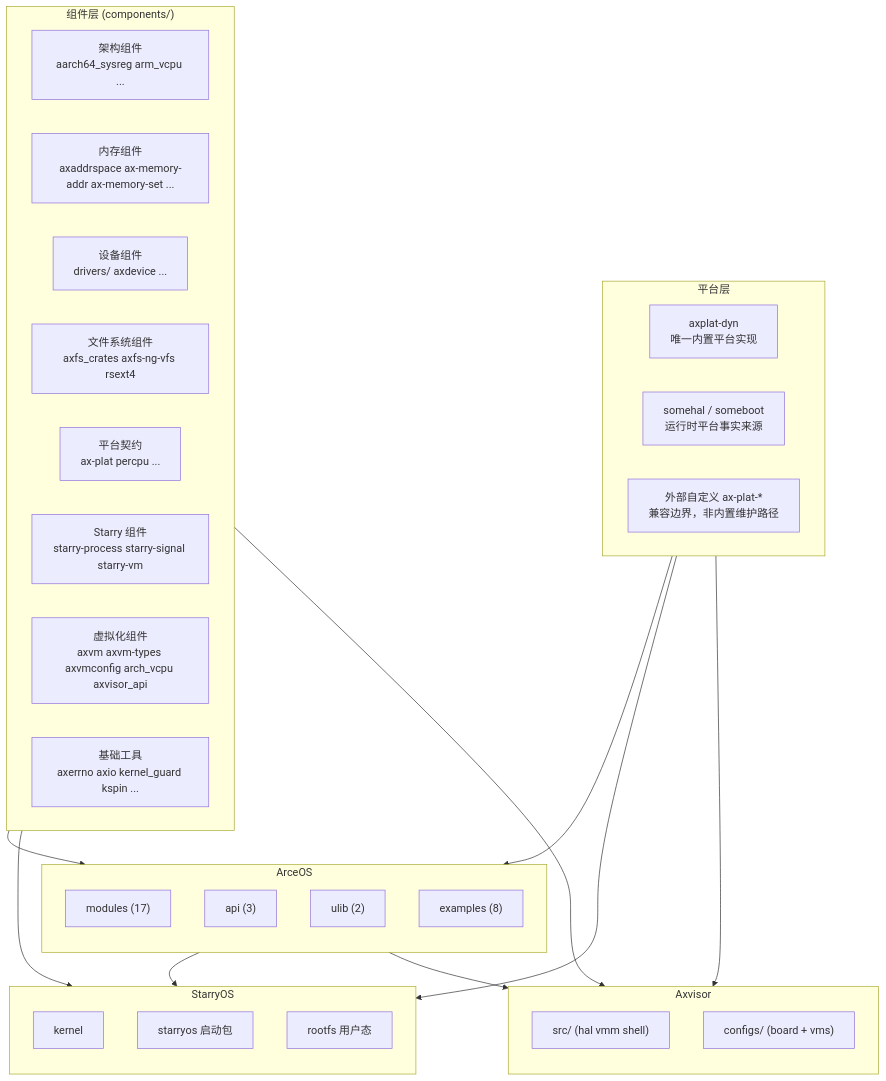
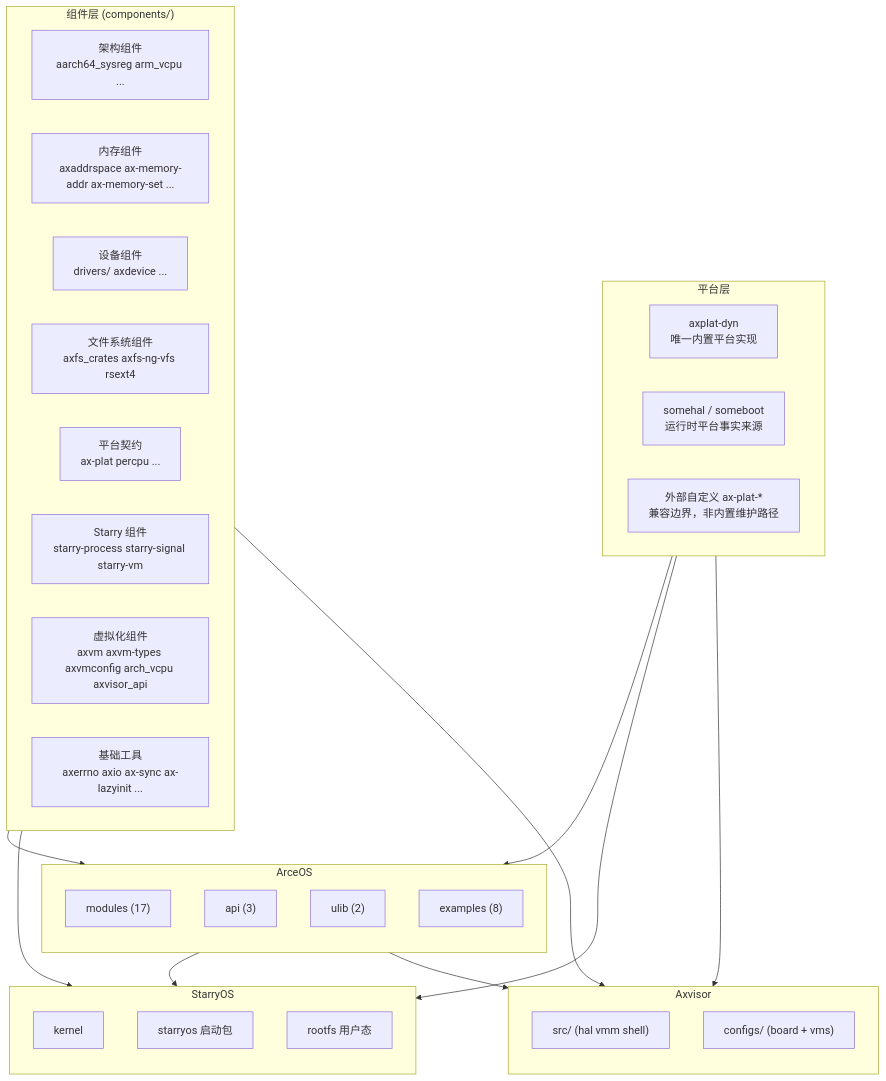
The first of 2 diagrams in docs/docs/architecture/overview.md (451846939/tgoskits), drawn with Mermaid before and after one commit. The commit also changed 406 other files, not shown here.

````diff
--- a/docs/docs/architecture/overview.md
+++ b/docs/docs/architecture/overview.md
@@ -10,51 +10,51 @@
 ```mermaid
 flowchart TD
     subgraph Components["组件层 (components/)"]
         direction LR
         C1["架构组件<br/>aarch64_sysreg arm_vcpu ..."]
         C2["内存组件<br/>axaddrspace ax-memory-addr ax-memory-set ..."]
         C3["设备组件<br/>drivers/ axdevice ..."]
         C4["文件系统组件<br/>axfs_crates axfs-ng-vfs rsext4"]
         C5["平台契约<br/>ax-plat percpu ..."]
         C6["Starry 组件<br/>starry-process starry-signal starry-vm"]
         C7["虚拟化组件<br/>axvm axvm-types axvmconfig arch_vcpu axvisor_api"]
-        C8["基础工具<br/>axerrno axio kernel_guard kspin ..."]
+        C8["基础工具<br/>axerrno axio ax-sync ax-lazyinit ..."]
     end
 
     subgraph ArceOS["ArceOS"]
         direction TB
         AM["modules (17)"]
         AA["api (3)"]
         AU["ulib (2)"]
         AX["examples (8)"]
     end
 
     subgraph StarryOS["StarryOS"]
         direction TB
         SK["kernel"]
         SP["starryos 启动包"]
         SR["rootfs 用户态"]
     end
 
     subgraph Axvisor["Axvisor"]
         direction TB
         AV["src/ (hal vmm shell)"]
         AC["configs/ (board + vms)"]
     end
 
     subgraph Platform["平台层"]
         direction LR
         P1["axplat-dyn<br/>唯一内置平台实现"]
         P2["somehal / someboot<br/>运行时平台事实来源"]
         P3["外部自定义 ax-plat-*<br/>兼容边界，非内置维护路径"]
     end
 
     Components --> ArceOS
     Components --> StarryOS
     Components --> Axvisor
     ArceOS --> StarryOS
     ArceOS --> Axvisor
     Platform --> ArceOS
     Platform --> StarryOS
     Platform --> Axvisor
 ```
````
